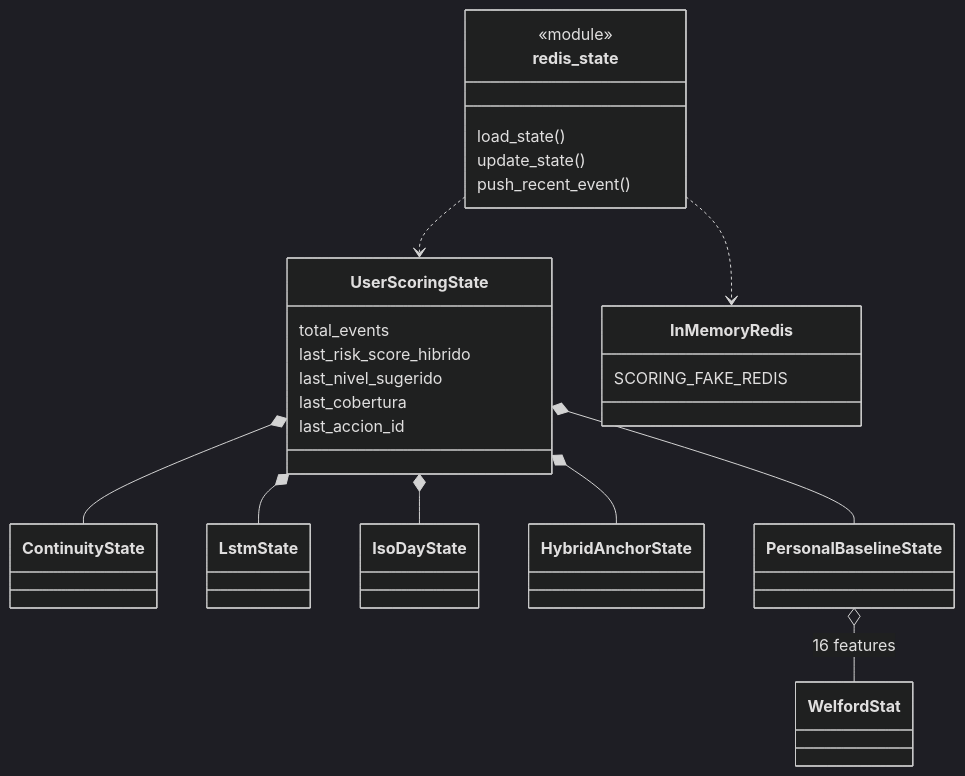
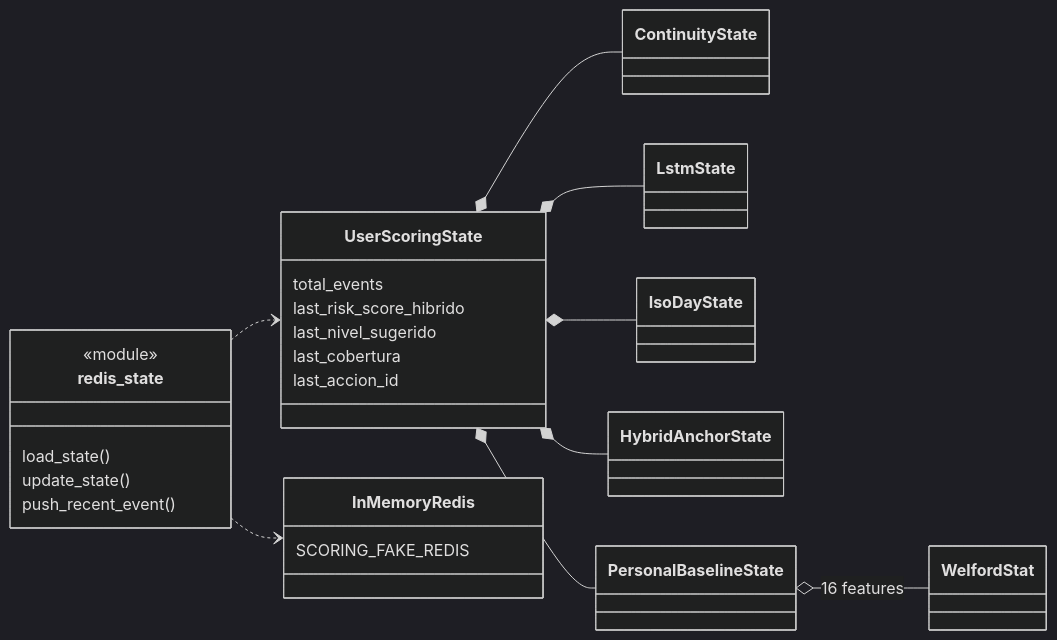
One commit to fedemuntaabski/PFI-Latex changed the diagram in images/diagramas/mermaid/clases_api_redis.mmd. Above: the diagram before and after it, drawn with Mermaid (dark theme). The commit also changed 55 other files, not shown here.

```diff
--- a/images/diagramas/mermaid/clases_api_redis.mmd
+++ b/images/diagramas/mermaid/clases_api_redis.mmd
@@ -1,32 +1,32 @@
 classDiagram
-    direction TB
+    direction LR
     class UserScoringState {
         total_events
         last_risk_score_hibrido
         last_nivel_sugerido
         last_cobertura
         last_accion_id
     }
     class ContinuityState
     class LstmState
     class IsoDayState
     class HybridAnchorState
     class PersonalBaselineState
     class WelfordStat
     class redis_state {
         <<module>>
         load_state()
         update_state()
         push_recent_event()
     }
     class InMemoryRedis {
         SCORING_FAKE_REDIS
     }
     UserScoringState *-- ContinuityState
     UserScoringState *-- LstmState
     UserScoringState *-- IsoDayState
     UserScoringState *-- HybridAnchorState
     UserScoringState *-- PersonalBaselineState
     PersonalBaselineState o-- WelfordStat : 16 features
     redis_state ..> UserScoringState
     redis_state ..> InMemoryRedis
```
